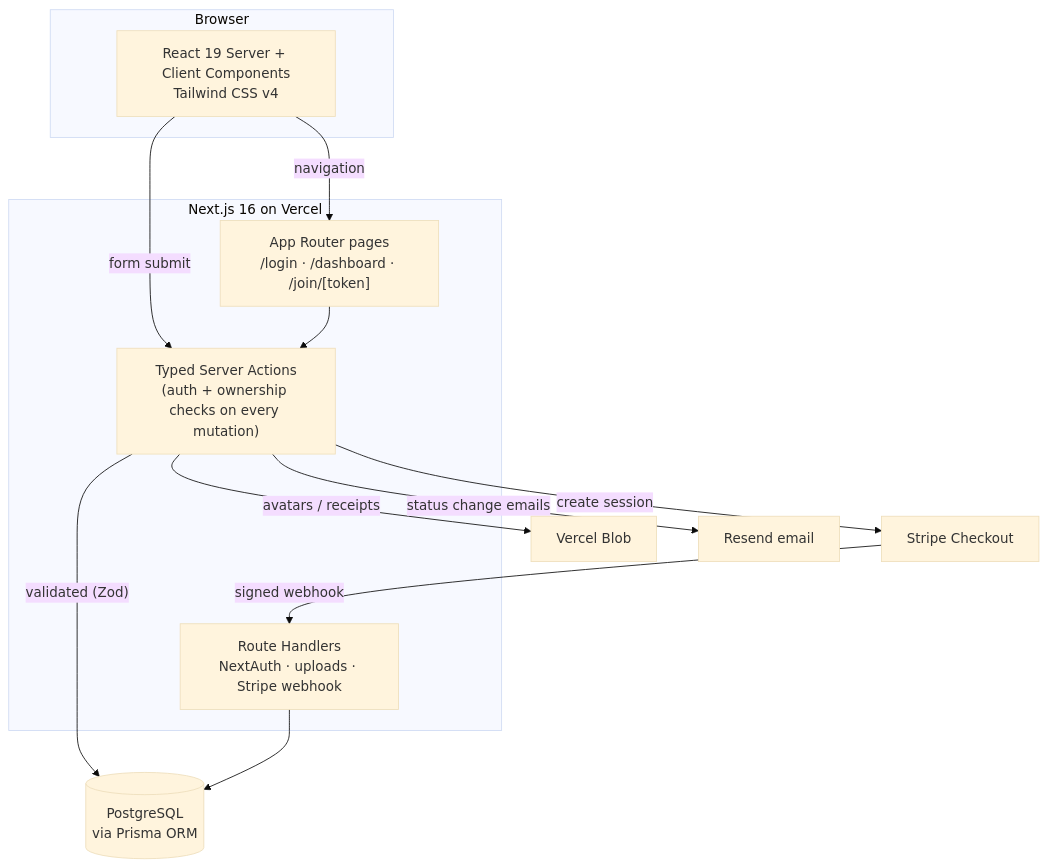
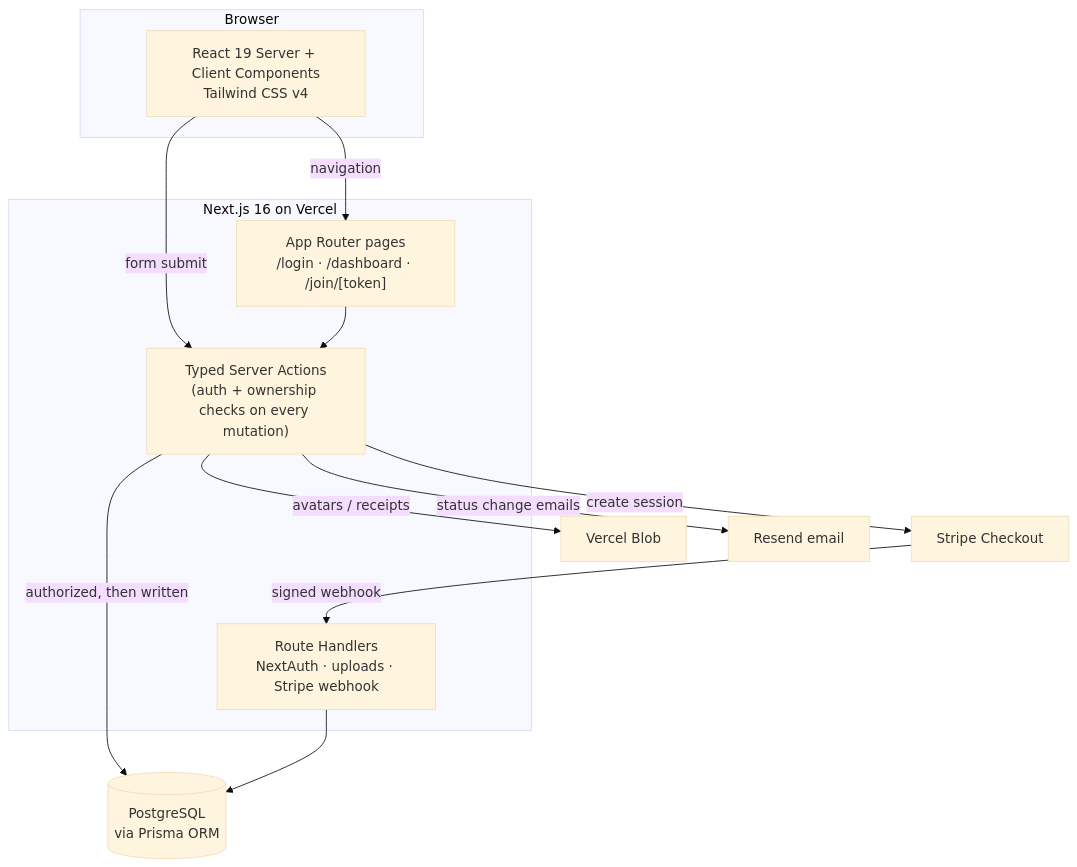
Before and after one commit to taylordrew4u2/the-trip-handler: the first of 2 diagrams in README.md, drawn with Mermaid (base theme). The commit also changed other lines of this file and 58 other files, not shown here.

````diff
--- a/README.md
+++ b/README.md
@@ -150,25 +195,25 @@
 ```mermaid
 flowchart TD
     subgraph Client["Browser"]
         UI["React 19 Server + Client Components\nTailwind CSS v4"]
     end
     subgraph Next["Next.js 16 on Vercel"]
         Pages["App Router pages\n/login · /dashboard · /join/[token]"]
         Actions["Typed Server Actions\n(auth + ownership checks on every mutation)"]
         API["Route Handlers\nNextAuth · uploads · Stripe webhook"]
     end
     DB[("PostgreSQL\nvia Prisma ORM")]
     Stripe["Stripe Checkout"]
     Blob["Vercel Blob"]
     Resend["Resend email"]
 
     UI -->|form submit| Actions
     UI -->|navigation| Pages
     Pages --> Actions
-    Actions -->|"validated (Zod)"| DB
+    Actions -->|"authorized, then written"| DB
     API --> DB
     Actions -->|create session| Stripe
     Stripe -->|"signed webhook"| API
     Actions -->|avatars / receipts| Blob
     Actions -->|status change emails| Resend
 ```
````
